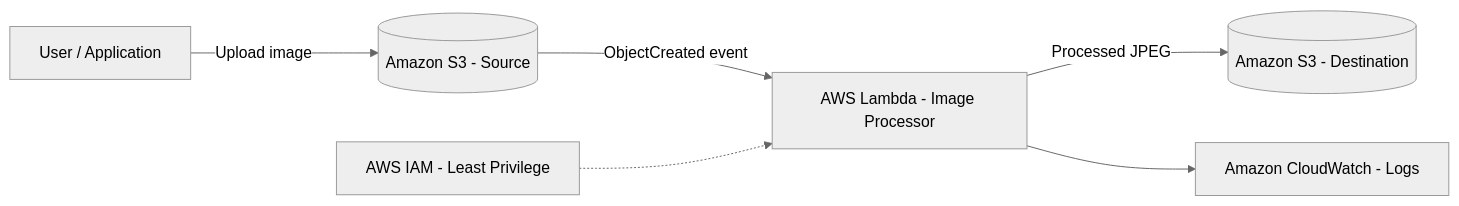
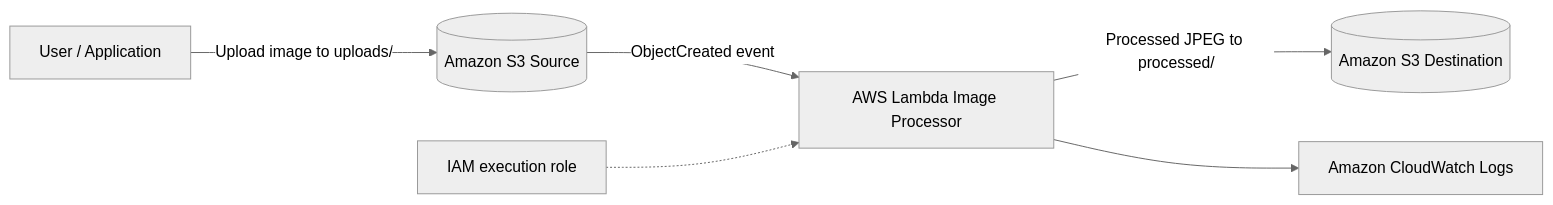
The second of 2 diagrams in architecture/architecture.md (nikhilmastud/Automated-Image-Processing-System), drawn with Mermaid (neutral theme) before and after one commit. The commit also changed other lines of this file, not shown here.

Commit message:
Document CI/CD and runtime architecture

````diff
--- a/architecture/architecture.md
+++ b/architecture/architecture.md
@@ -3,8 +17,8 @@
-~~~mermaid
+```mermaid
 flowchart LR
-    U[User / Application] -->|Upload image| S1[(Amazon S3 - Source)]
-    S1 -->|ObjectCreated event| L[AWS Lambda - Image Processor]
-    L -->|Processed JPEG| S2[(Amazon S3 - Destination)]
-    L --> CW[Amazon CloudWatch - Logs]
-    IAM[AWS IAM - Least Privilege] -.-> L
-~~~
+    U[User / Application] -->|Upload image to uploads/| S1[(Amazon S3 Source)]
+    S1 -->|ObjectCreated event| L[AWS Lambda Image Processor]
+    L -->|Processed JPEG to processed/| S2[(Amazon S3 Destination)]
+    L --> CW[Amazon CloudWatch Logs]
+    IAM[IAM execution role] -.-> L
+```
````
